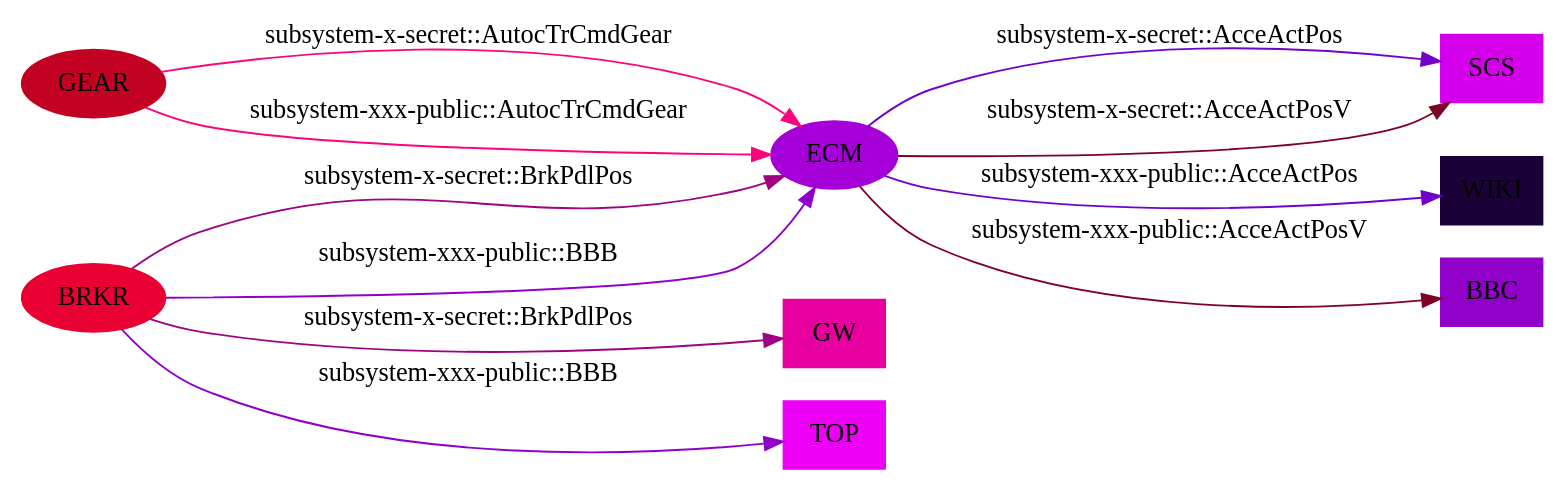
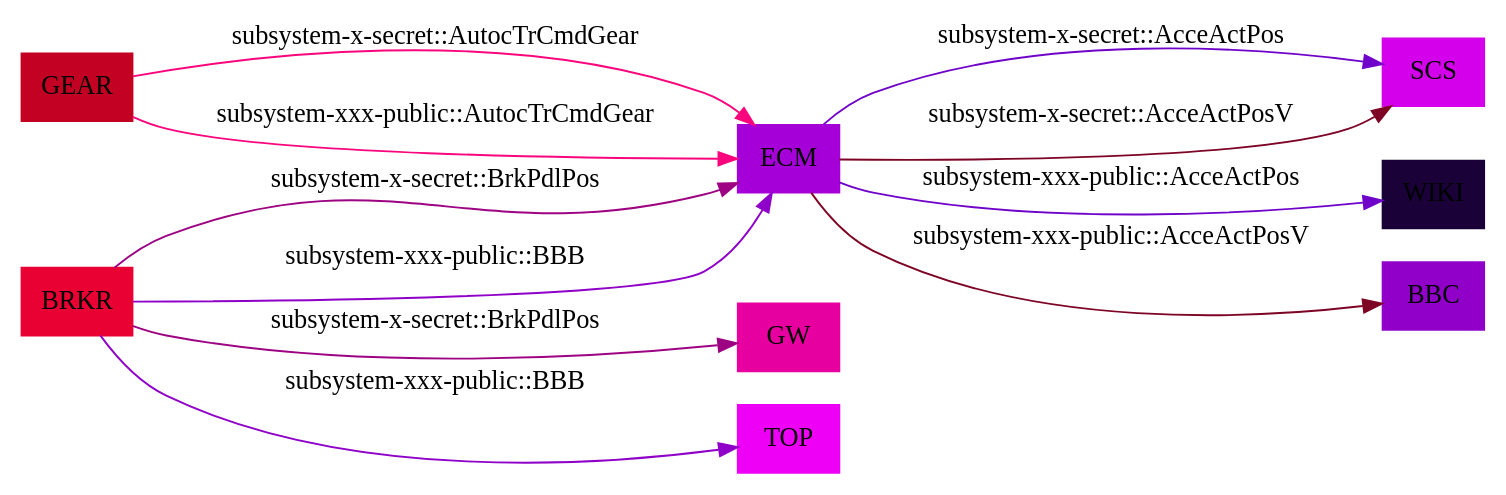
The diagram in graph.dot (williamjoy/helloworld), drawn with Graphviz before and after one commit. The commit also changed 3 other files, not shown here.

Commit message:
node[shape=box]

```diff
--- a/graph.dot
+++ b/graph.dot
@@ -1,21 +1,22 @@
 digraph Signals {
 	graph [rankdir=LR title="ECU Signals"]
+	node [shape=box]
 		ECM [label=ECM color="#a500d7" style=filled]
-		SCS [label=SCS color="#d500eb" shape=box style=filled]
+		SCS [label=SCS color="#d500eb" style=filled]
 			ECM -> SCS [label="subsystem-x-secret::AcceActPos" color="#7003ca"]
 			ECM -> SCS [label="subsystem-x-secret::AcceActPosV" color="#7d0424"]
 		GEAR [label=GEAR color="#c30122" style=filled]
 			GEAR -> ECM [label="subsystem-x-secret::AutocTrCmdGear" color="#fa057d"]
 		BRKR [label=BRKR color="#ea0134" style=filled]
-		GW [label=GW color="#e7009f" shape=box style=filled]
+		GW [label=GW color="#e7009f" style=filled]
 			BRKR -> GW [label="subsystem-x-secret::BrkPdlPos" color="#9d0382"]
 			BRKR -> ECM [label="subsystem-x-secret::BrkPdlPos" color="#9d0382"]
-		WIKI [label=WIKI color="#1a0138" shape=box style=filled]
+		WIKI [label=WIKI color="#1a0138" style=filled]
 			ECM -> WIKI [label="subsystem-xxx-public::AcceActPos" color="#7003ca"]
-		BBC [label=BBC color="#9000c9" shape=box style=filled]
+		BBC [label=BBC color="#9000c9" style=filled]
 			ECM -> BBC [label="subsystem-xxx-public::AcceActPosV" color="#7d0424"]
 			GEAR -> ECM [label="subsystem-xxx-public::AutocTrCmdGear" color="#fa057d"]
-		TOP [label=TOP color="#ed00f5" shape=box style=filled]
+		TOP [label=TOP color="#ed00f5" style=filled]
 			BRKR -> TOP [label="subsystem-xxx-public::BBB" color="#8f00c8"]
 			BRKR -> ECM [label="subsystem-xxx-public::BBB" color="#8f00c8"]
 }
```
